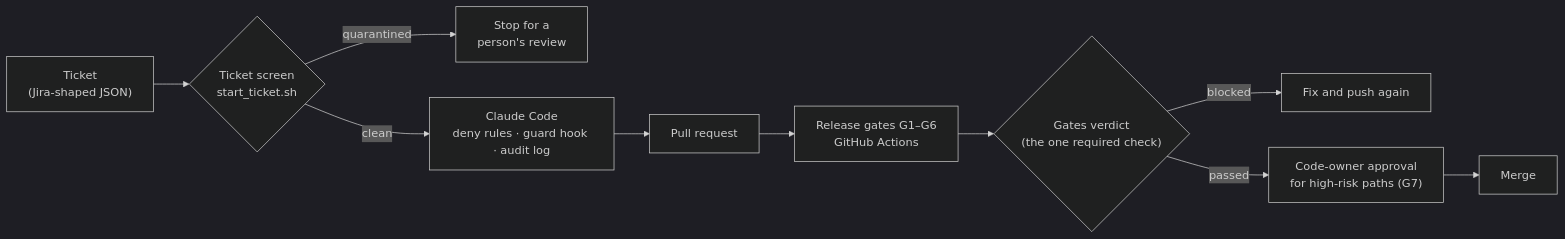
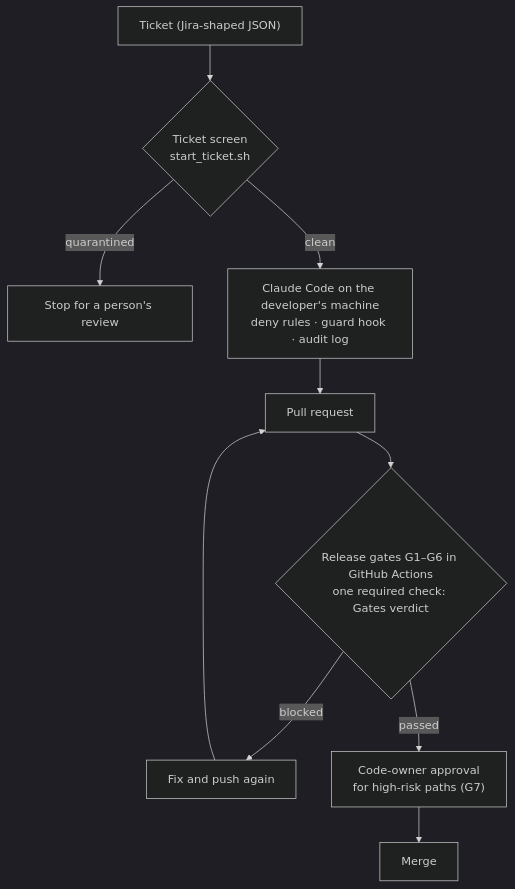
One commit to minw0607/agentic_sdlc_gates changed the diagram in README.md. Above: the diagram before and after it, drawn with Mermaid (dark theme).

Commit message:
README: draw the flow top-down so it reads at page width

````diff
--- a/README.md
+++ b/README.md
@@ -12,12 +12,12 @@
 ```mermaid
-flowchart LR
-    T["Ticket<br/>(Jira-shaped JSON)"] --> S{"Ticket screen<br/>start_ticket.sh"}
-    S -- quarantined --> H["Stop for a<br/>person's review"]
-    S -- clean --> A["Claude Code<br/>deny rules · guard hook · audit log"]
+flowchart TD
+    T["Ticket (Jira-shaped JSON)"] --> S{"Ticket screen<br/>start_ticket.sh"}
+    S -- quarantined --> H["Stop for a person's review"]
+    S -- clean --> A["Claude Code on the developer's machine<br/>deny rules · guard hook · audit log"]
     A --> PR["Pull request"]
-    PR --> G["Release gates G1–G6<br/>GitHub Actions"]
-    G --> V{"Gates verdict<br/>(the one required check)"}
+    PR --> V{"Release gates G1–G6 in GitHub Actions<br/>one required check: Gates verdict"}
     V -- blocked --> F["Fix and push again"]
+    F --> PR
     V -- passed --> O["Code-owner approval<br/>for high-risk paths (G7)"]
     O --> M["Merge"]
 ```
````
